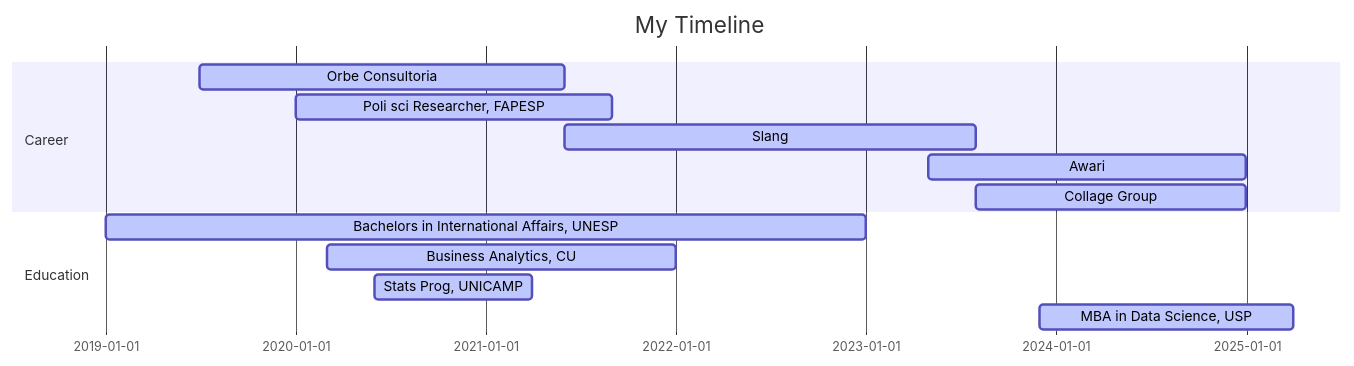
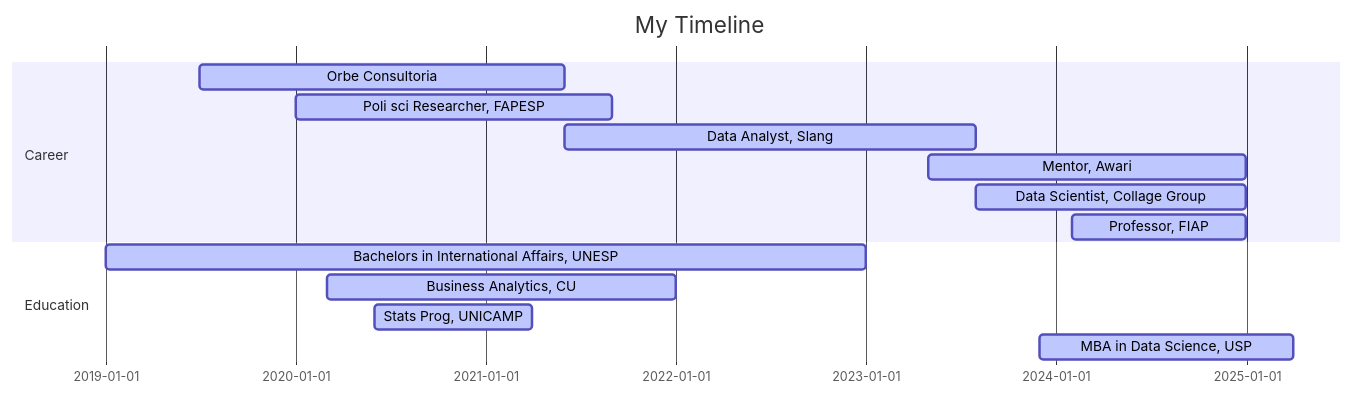
The diagram in README.md (ViniciusARZ/ViniciusARZ), drawn with Mermaid before and after one commit.

````diff
--- a/README.md
+++ b/README.md
@@ -9,19 +9,20 @@
 ```mermaid
 
 gantt
 dateFormat  YYYY-MM-DD
 title My Timeline
 
 section Career
 Orbe Consultoria           :active,, 2019-07-01,2021-06-01
 Poli sci Researcher, FAPESP           :active,, 2020-01-01,2021-09-01
-Slang         :active,, 2021-06-01,2023-08-01
-Awari       :active,, 2023-05-01,2024-12-31
-Collage Group       :active,, 2023-08-01,2024-12-31
+Data Analyst, Slang         :active,, 2021-06-01,2023-08-01
+Mentor, Awari       :active,, 2023-05-01,2024-12-31
+Data Scientist, Collage Group       :active,, 2023-08-01,2024-12-31
+Professor, FIAP :active,, 2024-02-01,2024-12-31
 
 section Education
 Bachelors in International Affairs, UNESP             :active,, 2019-01-01,2022-12-31
 Business Analytics, CU             :active,, 2020-03-01,2021-12-31
 Stats Prog, UNICAMP             :active,, 2020-06-01,2021-03-31
 MBA in Data Science, USP             :active,, 2023-12-01,2025-04-01
 ```
````
